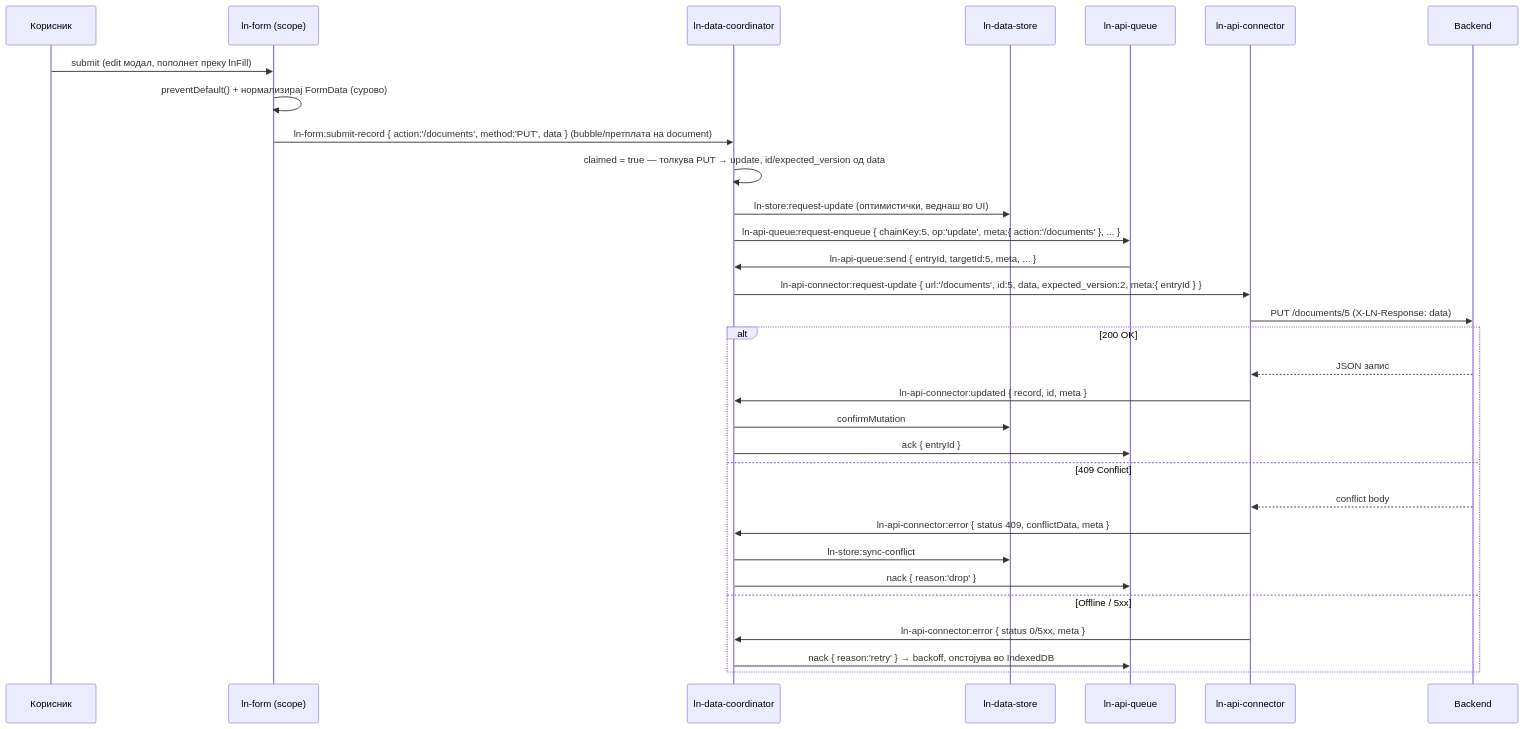
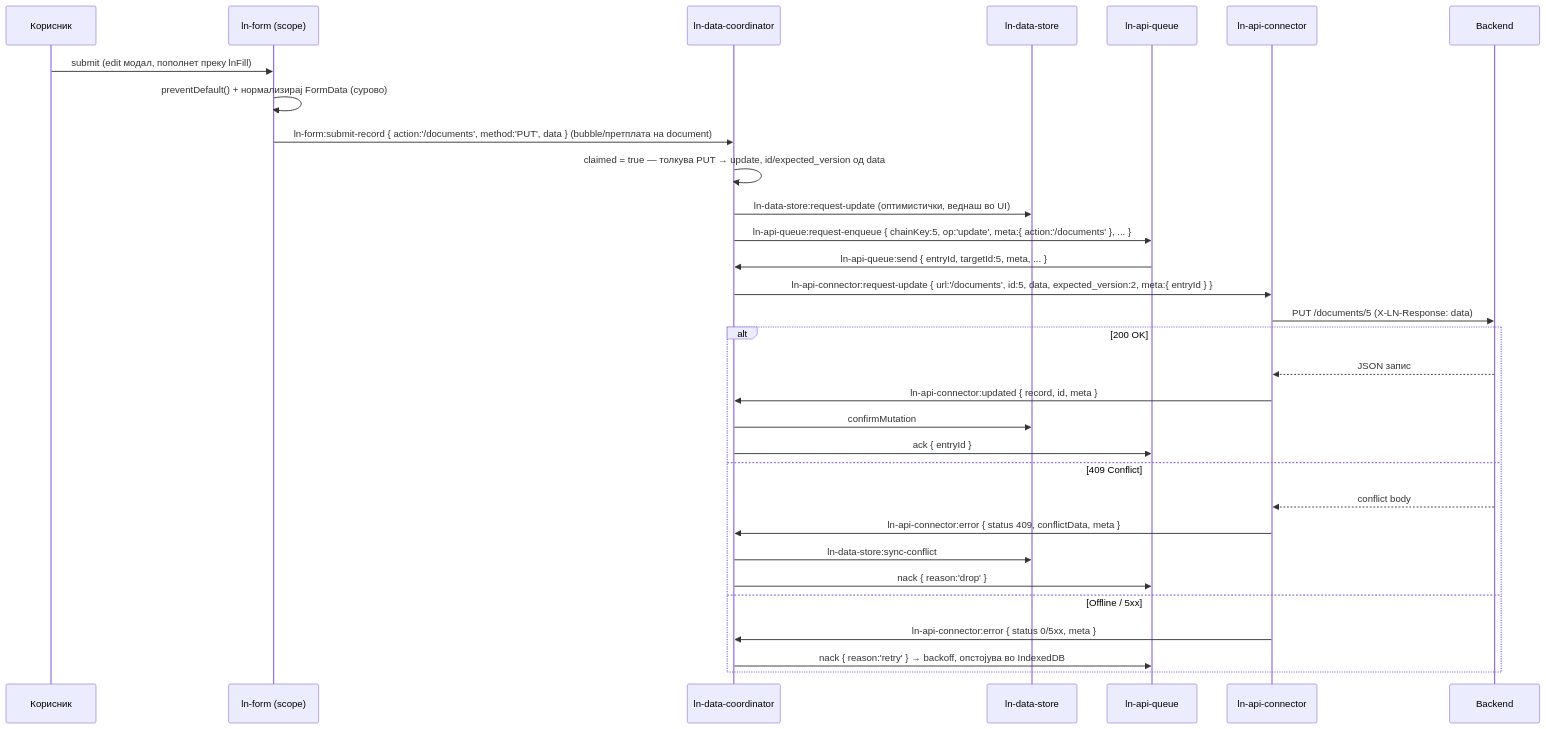
One commit to livenetworks/ln-ashlar changed the diagram in architecture_docs_draft/form-write-workflow.md. Above: the diagram before and after it, drawn with Mermaid. The commit also changed other lines of this file and 58 other files, not shown here.

Commit message:
refactor(data-store): rename events to ln-data-store:* across components, demo, and docs

````diff
--- a/architecture_docs_draft/form-write-workflow.md
+++ b/architecture_docs_draft/form-write-workflow.md
@@ -120,35 +120,35 @@
 ```mermaid
 sequenceDiagram
     participant User as Корисник
     participant Form as ln-form (scope)
     participant Coord as ln-data-coordinator
     participant Store as ln-data-store
     participant Queue as ln-api-queue
     participant Conn as ln-api-connector
     participant API as Backend
 
     User->>Form: submit (edit модал, пополнет преку lnFill)
     Form->>Form: preventDefault() + нормализирај FormData (сурово)
     Form->>Coord: ln-form:submit-record { action:'/documents', method:'PUT', data } (bubble/претплата на document)
     Coord->>Coord: claimed = true — толкува PUT → update, id/expected_version од data
-    Coord->>Store: ln-store:request-update (оптимистички, веднаш во UI)
+    Coord->>Store: ln-data-store:request-update (оптимистички, веднаш во UI)
     Coord->>Queue: ln-api-queue:request-enqueue { chainKey:5, op:'update', meta:{ action:'/documents' }, ... }
     Queue->>Coord: ln-api-queue:send { entryId, targetId:5, meta, ... }
     Coord->>Conn: ln-api-connector:request-update { url:'/documents', id:5, data, expected_version:2, meta:{ entryId } }
     Conn->>API: PUT /documents/5 (X-LN-Response: data)
 
     alt 200 OK
         API-->>Conn: JSON запис
         Conn->>Coord: ln-api-connector:updated { record, id, meta }
         Coord->>Store: confirmMutation
         Coord->>Queue: ack { entryId }
     else 409 Conflict
         API-->>Conn: conflict body
         Conn->>Coord: ln-api-connector:error { status 409, conflictData, meta }
-        Coord->>Store: ln-store:sync-conflict
+        Coord->>Store: ln-data-store:sync-conflict
         Coord->>Queue: nack { reason:'drop' }
     else Offline / 5xx
         Conn->>Coord: ln-api-connector:error { status 0/5xx, meta }
         Coord->>Queue: nack { reason:'retry' } → backoff, опстојува во IndexedDB
     end
 ```
````
